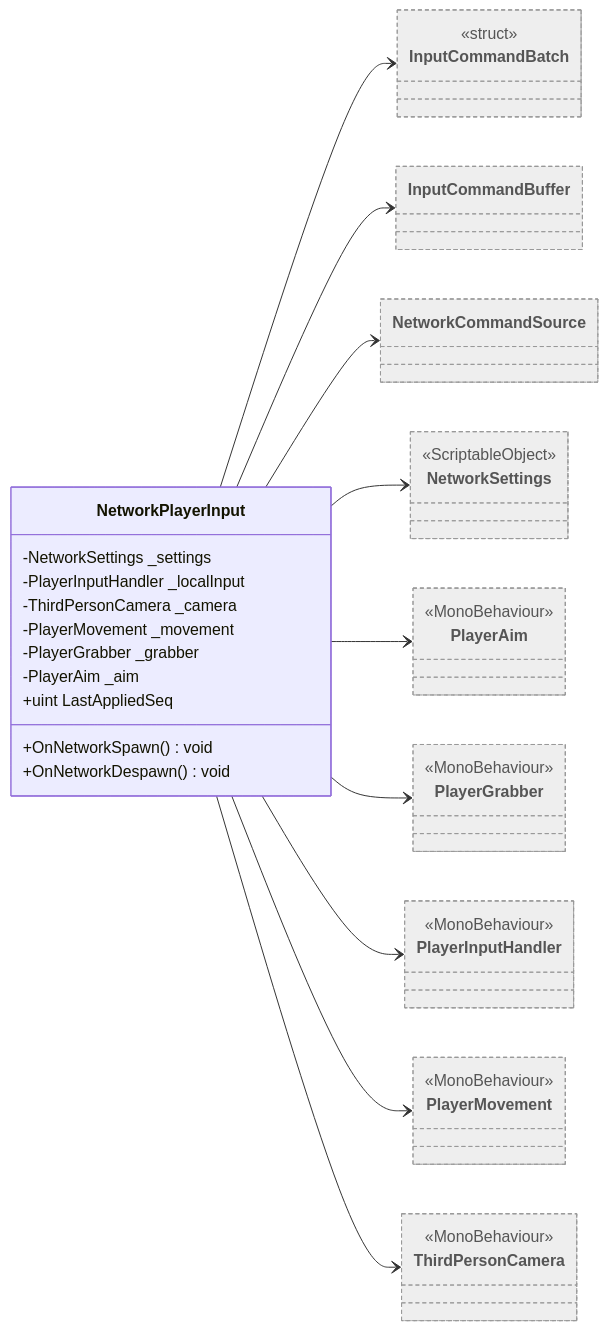
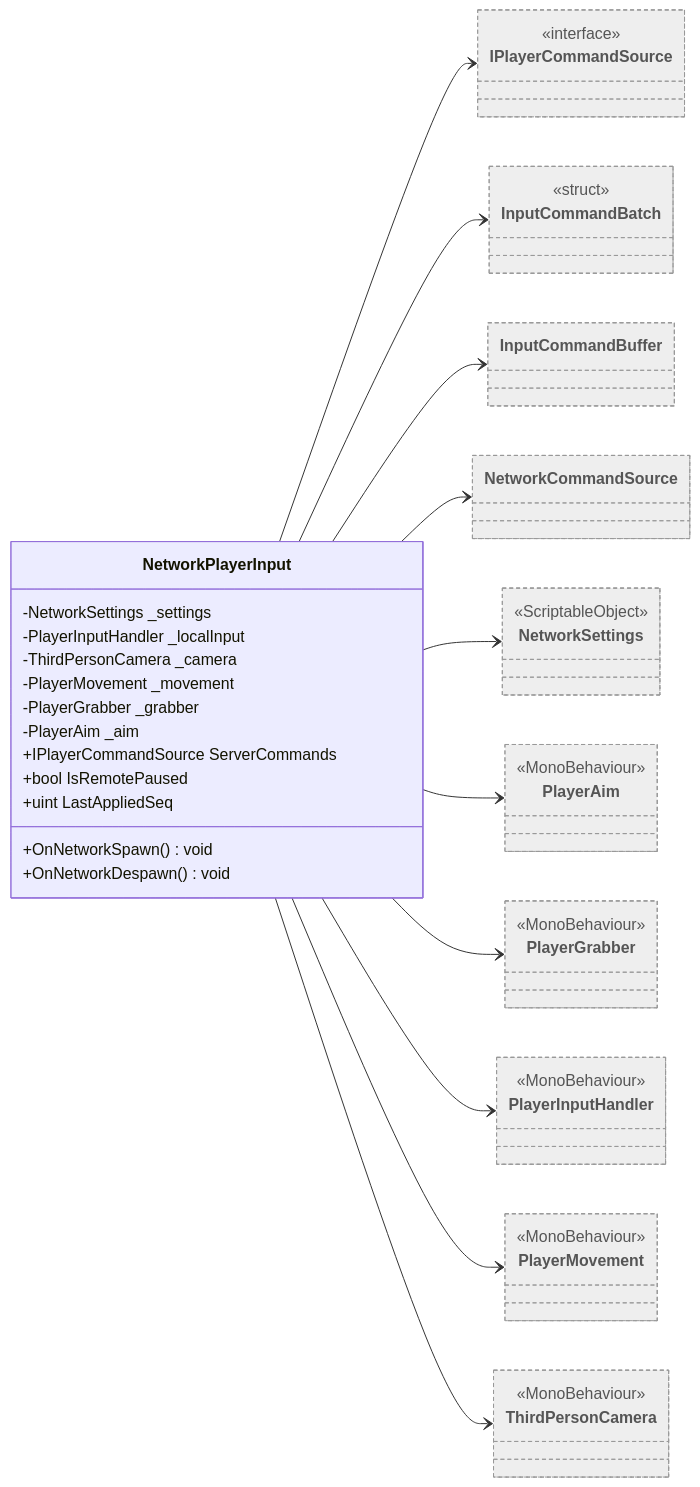
One commit to Chacashi/Alien-Farms changed the diagram in Docs/Arquitectura/Clases/Networking/NetworkPlayerInput.md. Above: the diagram before and after it, drawn with Mermaid. The commit also changed other lines of this file and 257 other files, not shown here.

````diff
--- a/Docs/Arquitectura/Clases/Networking/NetworkPlayerInput.md
+++ b/Docs/Arquitectura/Clases/Networking/NetworkPlayerInput.md
@@ -18,41 +18,46 @@
 ```mermaid
 classDiagram
   direction LR
   class NetworkPlayerInput {
     -NetworkSettings _settings
     -PlayerInputHandler _localInput
     -ThirdPersonCamera _camera
     -PlayerMovement _movement
     -PlayerGrabber _grabber
     -PlayerAim _aim
+    +IPlayerCommandSource ServerCommands
+    +bool IsRemotePaused
     +uint LastAppliedSeq
     +OnNetworkSpawn() void
     +OnNetworkDespawn() void
   }
+  class IPlayerCommandSource:::external
+  <<interface>> IPlayerCommandSource
   class InputCommandBatch:::external
   <<struct>> InputCommandBatch
   class InputCommandBuffer:::external
   class NetworkCommandSource:::external
   class NetworkSettings:::external
   <<ScriptableObject>> NetworkSettings
   class PlayerAim:::external
   <<MonoBehaviour>> PlayerAim
   class PlayerGrabber:::external
   <<MonoBehaviour>> PlayerGrabber
   class PlayerInputHandler:::external
   <<MonoBehaviour>> PlayerInputHandler
   class PlayerMovement:::external
   <<MonoBehaviour>> PlayerMovement
   class ThirdPersonCamera:::external
   <<MonoBehaviour>> ThirdPersonCamera
+  NetworkPlayerInput --> IPlayerCommandSource
   NetworkPlayerInput --> InputCommandBatch
   NetworkPlayerInput --> InputCommandBuffer
   NetworkPlayerInput --> NetworkCommandSource
   NetworkPlayerInput --> NetworkSettings
   NetworkPlayerInput --> PlayerAim
   NetworkPlayerInput --> PlayerGrabber
   NetworkPlayerInput --> PlayerInputHandler
   NetworkPlayerInput --> PlayerMovement
   NetworkPlayerInput --> ThirdPersonCamera
   classDef external fill:#eee,stroke:#999,stroke-dasharray: 4 3,color:#555
 ```
````
